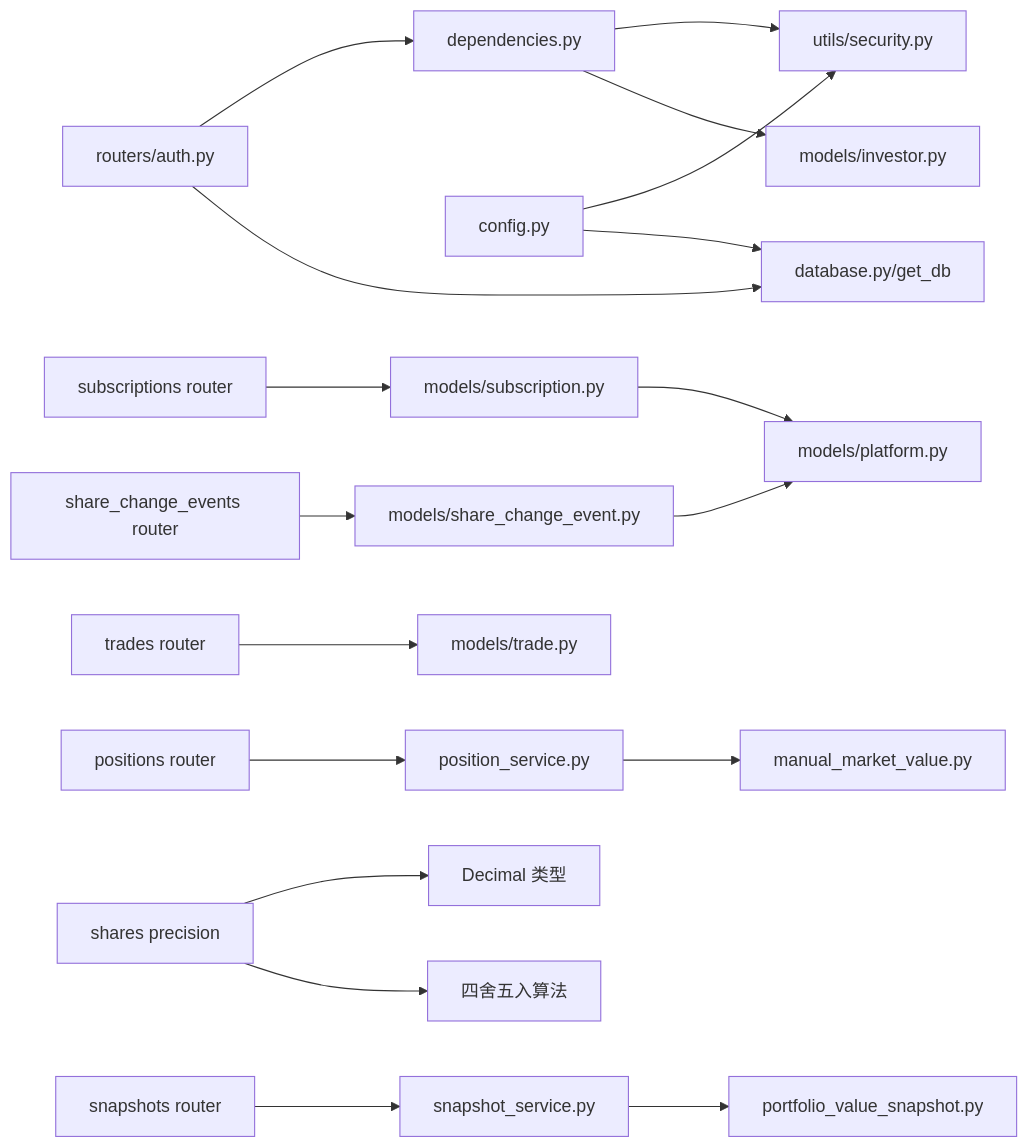
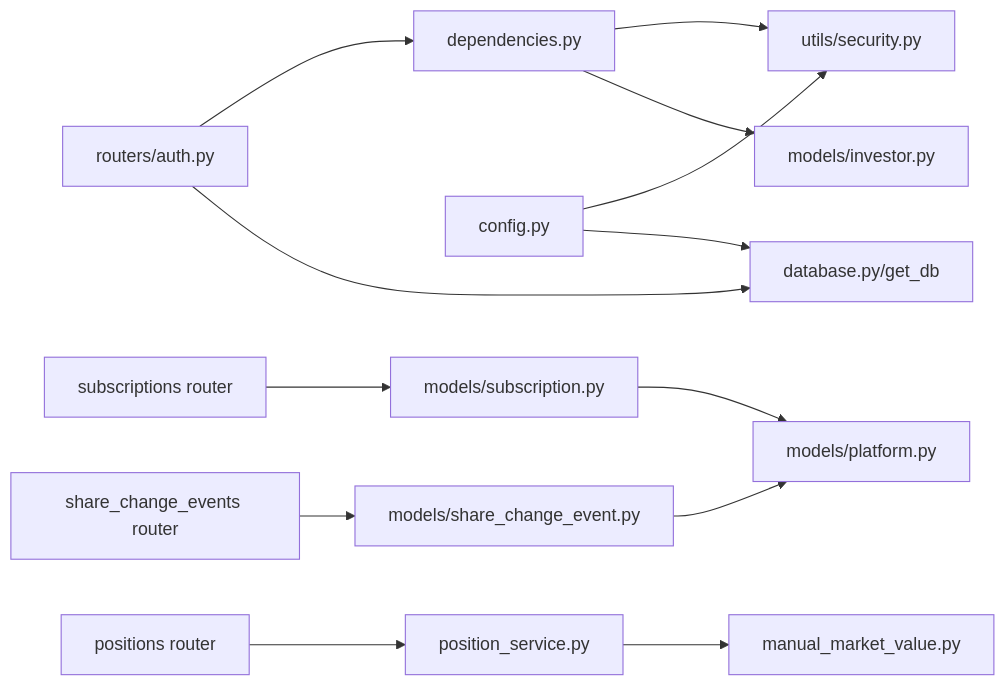
One commit to gujialind/InvestRing changed the tenth of 10 diagrams in .qoder/repowiki/zh/content/开发指南/测试策略/集成测试.md. Above: the diagram before and after it, drawn with Mermaid. The commit also changed other lines of this file and 65 other files, not shown here.

````diff
--- a/.qoder/repowiki/zh/content/开发指南/测试策略/集成测试.md
+++ b/.qoder/repowiki/zh/content/开发指南/测试策略/集成测试.md
@@ -521,20 +411,15 @@
 ```mermaid
 graph LR
 R_AUTH["routers/auth.py"] --> D_DEP["dependencies.py"]
 D_DEP --> U_SEC["utils/security.py"]
 D_DEP --> M_INV["models/investor.py"]
 R_AUTH --> D_DB["database.py/get_db"]
 CFG["config.py"] --> U_SEC
 CFG --> D_DB
 R_SUB["subscriptions router"] --> M_SUB["models/subscription.py"]
 R_EVENT["share_change_events router"] --> M_EVENT["models/share_change_event.py"]
 R_POS["positions router"] --> P_SVC["position_service.py"]
 P_SVC --> M_MMV["manual_market_value.py"]
-R_TRD["trades router"] --> M_TRADE["models/trade.py"]
-R_SNAP["snapshots router"] --> S_SVC["snapshot_service.py"]
-S_SVC --> M_SNAP["portfolio_value_snapshot.py"]
 M_SUB --> M_PLAT["models/platform.py"]
 M_EVENT --> M_PLAT
-PREC["shares precision"] --> DECIMAL["Decimal 类型"]
-PREC --> ROUND["四舍五入算法"]
 ```
````
